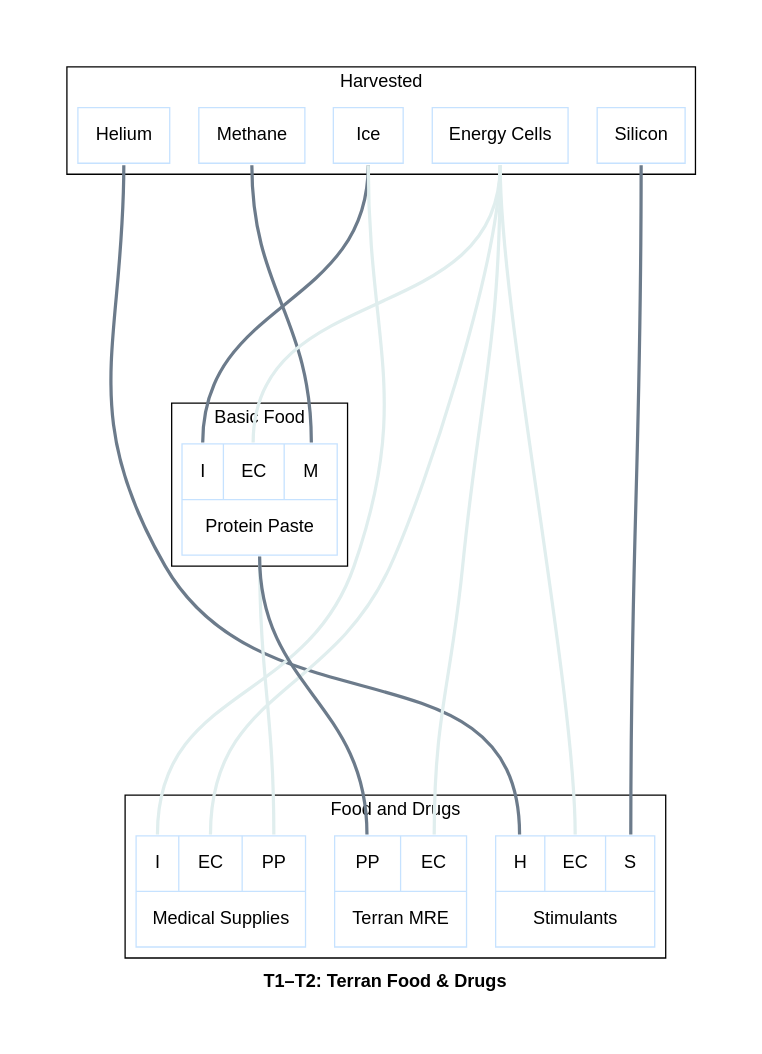
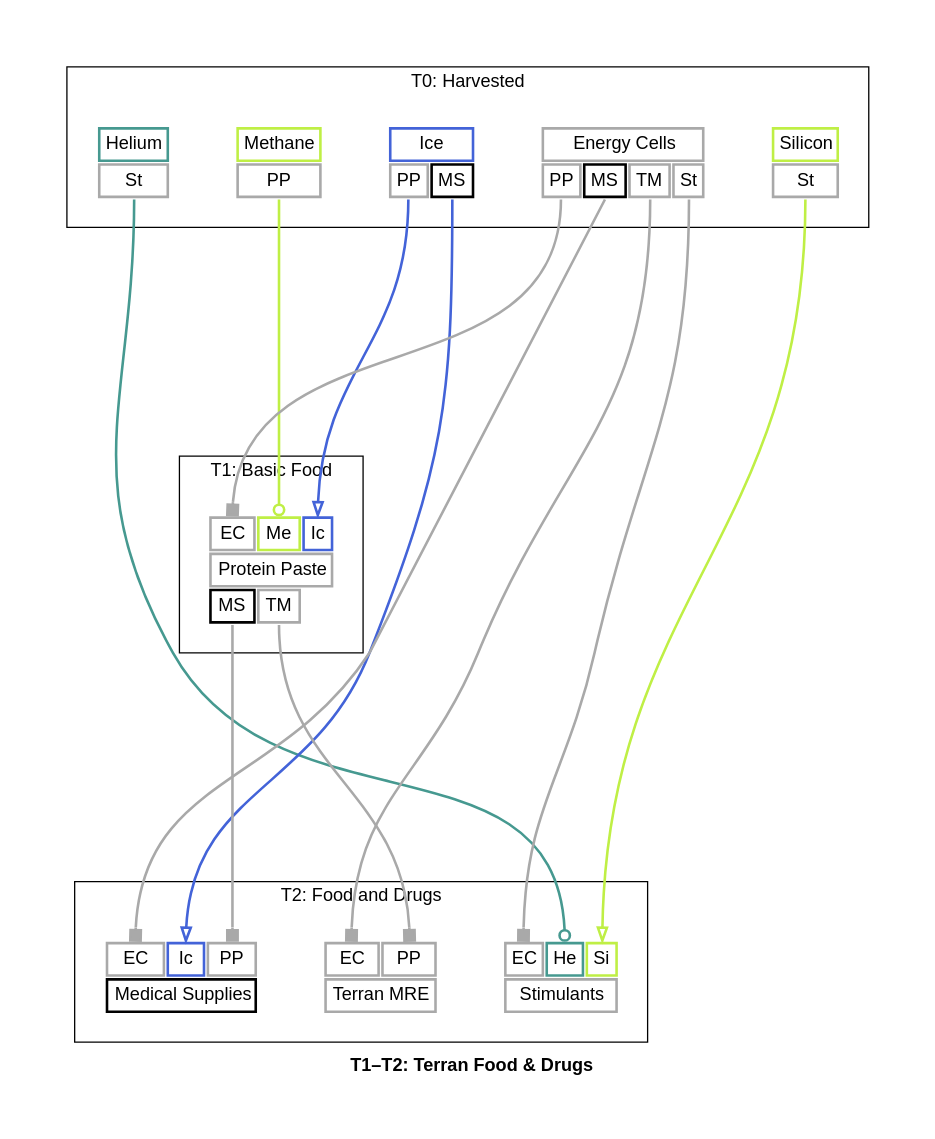
Before and after one commit to borntyping/x4-diagrams: the diagram in docs/t1_t2_terran_food_drugs_graph.dot, drawn with Graphviz. The commit also changed 100 other files, not shown here.

Commit message:
Add pretty colours to GraphViz graphs

```diff
--- a/docs/t1_t2_terran_food_drugs_graph.dot
+++ b/docs/t1_t2_terran_food_drugs_graph.dot
@@ -1,37 +1,175 @@
-graph "X4 Economy" {
+digraph "X4 Economy" {
 	edge [arrowType=normal]
 	compound=true fontname="Helvetica,Arial,sans-serif"
 	label=<<b>T1–T2: Terran Food &amp; Drugs</b>>
 	graph [nodesep=0.3 pad=0.5 ranksep=3]
-	node [color=slategray1 fontname="Helvetica,Arial,sans-serif" margin=0.2 penwidth=1 shape=box]
-	edge [arrowhead=normal arrowtype=normal fontname="Helvetica,Arial,sans-serif" headport=n penwidth=2.5 tailport=s]
+	node [color=slategray1 fontname="Helvetica,Arial,sans-serif" margin=0.2 penwidth=2.0 shape=plaintext]
+	edge [arrowhead=normal arrowsize=1.0 fontname="Helvetica,Arial,sans-serif" headport=n penwidth=2.0 tailport=s]
 	subgraph 0 {
-		cluster=true label=Harvested
-		helium [label="{<output> Helium}" colour=lightsteelblue2 shape=record]
-		methane [label="{<output> Methane}" colour=lightsteelblue2 shape=record]
-		silicon [label="{<output> Silicon}" colour=lightsteelblue2 shape=record]
-		ice [label="{<output> Ice}" colour=lightsteelblue2 shape=record]
-		energy_cells [label="{<output> Energy Cells}" colour=lightsteelblue2 shape=record]
+		cluster=true label="T0: Harvested"
+		helium [label=<<table border="0" cellborder="2" cellpadding="4" cellspacing="1" fixedsize="false" id="helium" port="output">
+  
+  <tr>
+    <td align="text" bgcolor="white" color="#469990" colspan="1">Helium</td>
+  </tr>
+  
+    <tr>
+      
+        <td align="text" bgcolor="white" color="#a9a9a9" port="stimulants">St</td>
+      
+    </tr>
+  
+</table>>]
+		methane [label=<<table border="0" cellborder="2" cellpadding="4" cellspacing="1" fixedsize="false" id="methane" port="output">
+  
+  <tr>
+    <td align="text" bgcolor="white" color="#bfef45" colspan="1">Methane</td>
+  </tr>
+  
+    <tr>
+      
+        <td align="text" bgcolor="white" color="#a9a9a9" port="protein_paste">PP</td>
+      
+    </tr>
+  
+</table>>]
+		silicon [label=<<table border="0" cellborder="2" cellpadding="4" cellspacing="1" fixedsize="false" id="silicon" port="output">
+  
+  <tr>
+    <td align="text" bgcolor="white" color="#bfef45" colspan="1">Silicon</td>
+  </tr>
+  
+    <tr>
+      
+        <td align="text" bgcolor="white" color="#a9a9a9" port="stimulants">St</td>
+      
+    </tr>
+  
+</table>>]
+		ice [label=<<table border="0" cellborder="2" cellpadding="4" cellspacing="1" fixedsize="false" id="ice" port="output">
+  
+  <tr>
+    <td align="text" bgcolor="white" color="#4363d8" colspan="2">Ice</td>
+  </tr>
+  
+    <tr>
+      
+        <td align="text" bgcolor="white" color="#a9a9a9" port="protein_paste">PP</td>
+      
+        <td align="text" bgcolor="white" color="#000000" port="medical_supplies">MS</td>
+      
+    </tr>
+  
+</table>>]
+		energy_cells [label=<<table border="0" cellborder="2" cellpadding="4" cellspacing="1" fixedsize="false" id="energy_cells" port="output">
+  
+  <tr>
+    <td align="text" bgcolor="white" color="#a9a9a9" colspan="4">Energy Cells</td>
+  </tr>
+  
+    <tr>
+      
+        <td align="text" bgcolor="white" color="#a9a9a9" port="protein_paste">PP</td>
+      
+        <td align="text" bgcolor="white" color="#000000" port="medical_supplies">MS</td>
+      
+        <td align="text" bgcolor="white" color="#a9a9a9" port="terran_mre">TM</td>
+      
+        <td align="text" bgcolor="white" color="#a9a9a9" port="stimulants">St</td>
+      
+    </tr>
+  
+</table>>]
 	}
 	subgraph 1 {
-		cluster=true label="Basic Food"
-		protein_paste [label="{{<ice> I|<energy_cells> EC|<methane> M}|<output> Protein Paste}" colour=lightsteelblue2 shape=record]
+		cluster=true label="T1: Basic Food"
+		protein_paste [label=<<table border="0" cellborder="2" cellpadding="4" cellspacing="1" fixedsize="false" id="protein_paste" port="output">
+  
+    <tr>
+      
+        <td align="text" bgcolor="white" color="#a9a9a9" port="energy_cells">EC</td>
+      
+        <td align="text" bgcolor="white" color="#bfef45" port="methane">Me</td>
+      
+        <td align="text" bgcolor="white" color="#4363d8" port="ice">Ic</td>
+      
+    </tr>
+  
+  <tr>
+    <td align="text" bgcolor="white" color="#a9a9a9" colspan="3">Protein Paste</td>
+  </tr>
+  
+    <tr>
+      
+        <td align="text" bgcolor="white" color="#000000" port="medical_supplies">MS</td>
+      
+        <td align="text" bgcolor="white" color="#a9a9a9" port="terran_mre">TM</td>
+      
+    </tr>
+  
+</table>>]
 	}
 	subgraph 2 {
-		cluster=true label="Food and Drugs"
-		medical_supplies [label="{{<ice> I|<energy_cells> EC|<protein_paste> PP}|<output> Medical Supplies}" colour=lightsteelblue2 shape=record]
-		terran_mre [label="{{<protein_paste> PP|<energy_cells> EC}|<output> Terran MRE}" colour=lightsteelblue2 shape=record]
-		stimulants [label="{{<helium> H|<energy_cells> EC|<silicon> S}|<output> Stimulants}" colour=lightsteelblue2 shape=record]
+		cluster=true label="T2: Food and Drugs"
+		medical_supplies [label=<<table border="0" cellborder="2" cellpadding="4" cellspacing="1" fixedsize="false" id="medical_supplies" port="output">
+  
+    <tr>
+      
+        <td align="text" bgcolor="white" color="#a9a9a9" port="energy_cells">EC</td>
+      
+        <td align="text" bgcolor="white" color="#4363d8" port="ice">Ic</td>
+      
+        <td align="text" bgcolor="white" color="#a9a9a9" port="protein_paste">PP</td>
+      
+    </tr>
+  
+  <tr>
+    <td align="text" bgcolor="white" color="#000000" colspan="3">Medical Supplies</td>
+  </tr>
+  
+</table>>]
+		terran_mre [label=<<table border="0" cellborder="2" cellpadding="4" cellspacing="1" fixedsize="false" id="terran_mre" port="output">
+  
+    <tr>
+      
+        <td align="text" bgcolor="white" color="#a9a9a9" port="energy_cells">EC</td>
+      
+        <td align="text" bgcolor="white" color="#a9a9a9" port="protein_paste">PP</td>
+      
+    </tr>
+  
+  <tr>
+    <td align="text" bgcolor="white" color="#a9a9a9" colspan="2">Terran MRE</td>
+  </tr>
+  
+</table>>]
+		stimulants [label=<<table border="0" cellborder="2" cellpadding="4" cellspacing="1" fixedsize="false" id="stimulants" port="output">
+  
+    <tr>
+      
+        <td align="text" bgcolor="white" color="#a9a9a9" port="energy_cells">EC</td>
+      
+        <td align="text" bgcolor="white" color="#469990" port="helium">He</td>
+      
+        <td align="text" bgcolor="white" color="#bfef45" port="silicon">Si</td>
+      
+    </tr>
+  
+  <tr>
+    <td align="text" bgcolor="white" color="#a9a9a9" colspan="3">Stimulants</td>
+  </tr>
+  
+</table>>]
 	}
-	energy_cells:output:s -- protein_paste:energy_cells:n [color=azure2]
-	ice:output:s -- protein_paste:ice:n [color=slategray4]
-	methane:output:s -- protein_paste:methane:n [color=slategray4]
-	energy_cells:output:s -- medical_supplies:energy_cells:n [color=azure2]
-	ice:output:s -- medical_supplies:ice:n [color=azure2]
-	protein_paste:output:s -- medical_supplies:protein_paste:n [color=azure2]
-	energy_cells:output:s -- terran_mre:energy_cells:n [color=azure2]
-	protein_paste:output:s -- terran_mre:protein_paste:n [color=slategray4]
-	energy_cells:output:s -- stimulants:energy_cells:n [color=azure2]
-	helium:output:s -- stimulants:helium:n [color=slategray4]
-	silicon:output:s -- stimulants:silicon:n [color=slategray4]
+	energy_cells:protein_paste:s -> protein_paste:energy_cells:n [arrowhead=box color="#a9a9a9" weight=0.1]
+	ice:protein_paste:s -> protein_paste:ice:n [arrowhead=empty color="#4363d8" weight=1.0]
+	methane:protein_paste:s -> protein_paste:methane:n [arrowhead=odot color="#bfef45" weight=1.0]
+	energy_cells:medical_supplies:s -> medical_supplies:energy_cells:n [arrowhead=box color="#a9a9a9" weight=0.1]
+	ice:medical_supplies:s -> medical_supplies:ice:n [arrowhead=empty color="#4363d8" weight=1.0]
+	protein_paste:medical_supplies:s -> medical_supplies:protein_paste:n [arrowhead=box color="#a9a9a9" weight=1.0]
+	energy_cells:terran_mre:s -> terran_mre:energy_cells:n [arrowhead=box color="#a9a9a9" weight=0.1]
+	protein_paste:terran_mre:s -> terran_mre:protein_paste:n [arrowhead=box color="#a9a9a9" weight=1.0]
+	energy_cells:stimulants:s -> stimulants:energy_cells:n [arrowhead=box color="#a9a9a9" weight=0.1]
+	helium:stimulants:s -> stimulants:helium:n [arrowhead=odot color="#469990" weight=1.0]
+	silicon:stimulants:s -> stimulants:silicon:n [arrowhead=empty color="#bfef45" weight=1.0]
 }
```
